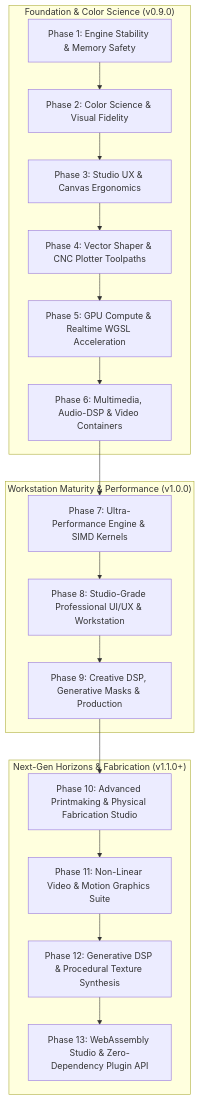
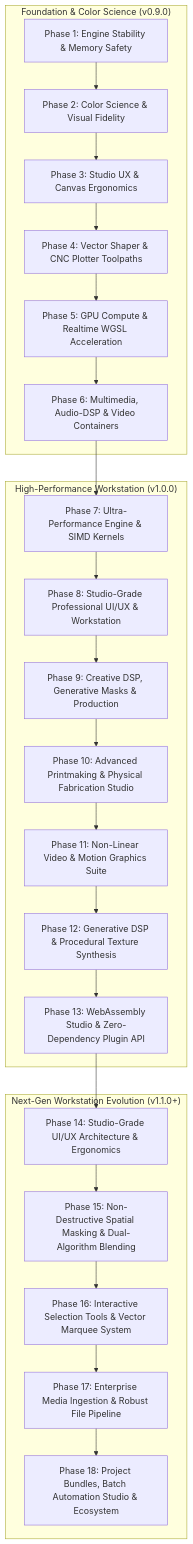
One commit to shahil-sk/dithercraft changed the diagram in docs/roadmap.md. Above: the diagram before and after it, drawn with Mermaid. The commit also changed other lines of this file and 1 other file, not shown here.

First line of the commit message:
docs: establish next-gen roadmap for ui/ux, spatial masking, selection tools, and media pipeline

````diff
--- a/docs/roadmap.md
+++ b/docs/roadmap.md
@@ -14,23 +14,28 @@
 ```mermaid
 flowchart TD
     subgraph CoreFoundations["Foundation & Color Science (v0.9.0)"]
         S1["Phase 1: Engine Stability & Memory Safety"] --> S2["Phase 2: Color Science & Visual Fidelity"]
         S2 --> S3["Phase 3: Studio UX & Canvas Ergonomics"]
         S3 --> S4["Phase 4: Vector Shaper & CNC Plotter Toolpaths"]
         S4 --> S5["Phase 5: GPU Compute & Realtime WGSL Acceleration"]
         S5 --> S6["Phase 6: Multimedia, Audio-DSP & Video Containers"]
     end
 
-    subgraph ActiveEvolution["Workstation Maturity & Performance (v1.0.0)"]
+    subgraph CoreMilestones["High-Performance Workstation (v1.0.0)"]
         S6 --> S7["Phase 7: Ultra-Performance Engine & SIMD Kernels"]
         S7 --> S8["Phase 8: Studio-Grade Professional UI/UX & Workstation"]
         S8 --> S9["Phase 9: Creative DSP, Generative Masks & Production"]
-    end
-
-    subgraph HorizonExpansion["Next-Gen Horizons & Fabrication (v1.1.0+)"]
         S9 --> S10["Phase 10: Advanced Printmaking & Physical Fabrication Studio"]
         S10 --> S11["Phase 11: Non-Linear Video & Motion Graphics Suite"]
         S11 --> S12["Phase 12: Generative DSP & Procedural Texture Synthesis"]
         S12 --> S13["Phase 13: WebAssembly Studio & Zero-Dependency Plugin API"]
     end
+
+    subgraph StudioWorkstationEvolution["Next-Gen Workstation Evolution (v1.1.0+)"]
+        S13 --> S14["Phase 14: Studio-Grade UI/UX Architecture & Ergonomics"]
+        S14 --> S15["Phase 15: Non-Destructive Spatial Masking & Dual-Algorithm Blending"]
+        S15 --> S16["Phase 16: Interactive Selection Tools & Vector Marquee System"]
+        S16 --> S17["Phase 17: Enterprise Media Ingestion & Robust File Pipeline"]
+        S17 --> S18["Phase 18: Project Bundles, Batch Automation Studio & Ecosystem"]
+    end
 ```
````
